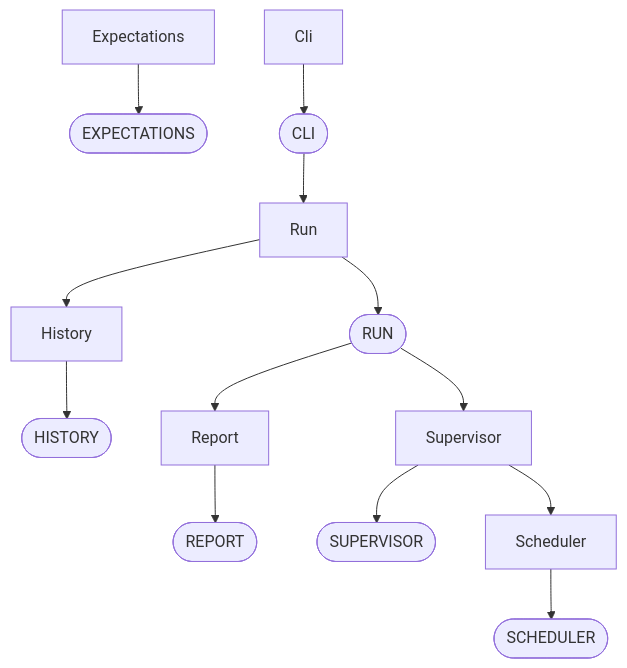
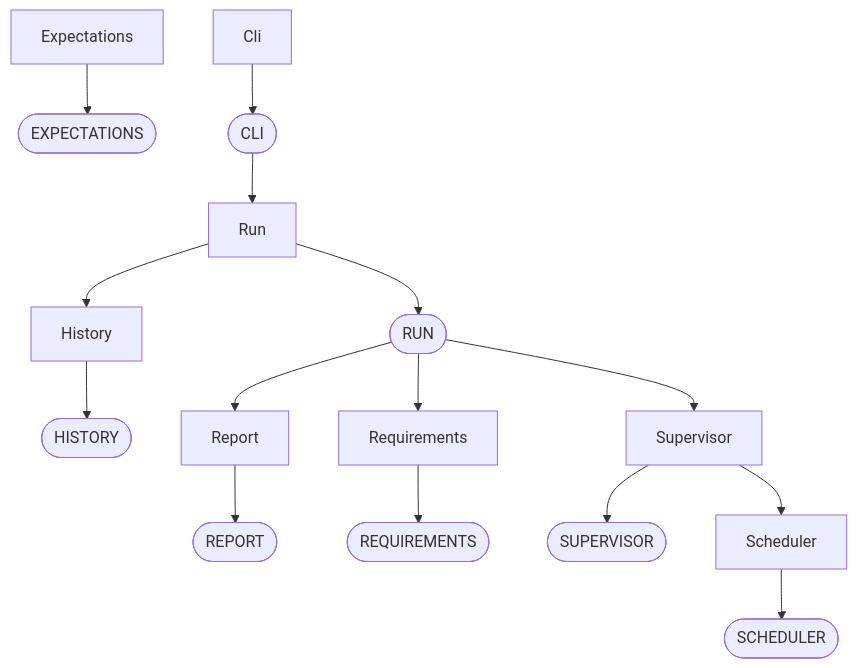
One commit to ruudkoot/rune changed the second of 2 diagrams in docs/generated/test/runner/depends.md. Above: the diagram before and after it, drawn with Mermaid. The commit also changed other lines of this file and 32 other files, not shown here.

````diff
--- a/docs/generated/test/runner/depends.md
+++ b/docs/generated/test/runner/depends.md
@@ -31,29 +31,33 @@
 ```mermaid
 flowchart TD
   n0(["SCHEDULER"])
   n1["Scheduler"]
   n2(["SUPERVISOR"])
   n3["Supervisor"]
   n4(["HISTORY"])
   n5["History"]
   n6(["EXPECTATIONS"])
   n7["Expectations"]
-  n8(["REPORT"])
-  n9["Report"]
-  n10(["RUN"])
-  n11["Run"]
-  n12(["CLI"])
-  n13["Cli"]
+  n8(["REQUIREMENTS"])
+  n9["Requirements"]
+  n10(["REPORT"])
+  n11["Report"]
+  n12(["RUN"])
+  n13["Run"]
+  n14(["CLI"])
+  n15["Cli"]
   n1 --> n0
   n3 --> n2
   n3 --> n1
   n5 --> n4
   n7 --> n6
   n9 --> n8
-  n10 --> n9
-  n10 --> n3
-  n11 --> n5
   n11 --> n10
   n12 --> n11
+  n12 --> n9
+  n12 --> n3
+  n13 --> n5
   n13 --> n12
+  n14 --> n13
+  n15 --> n14
 ```
````
